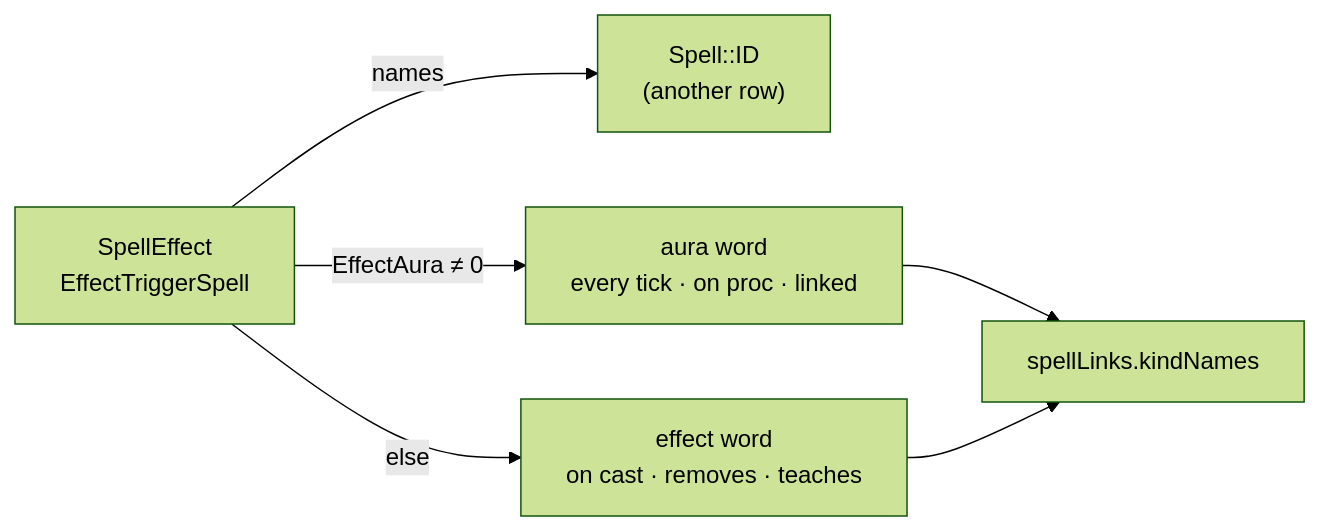
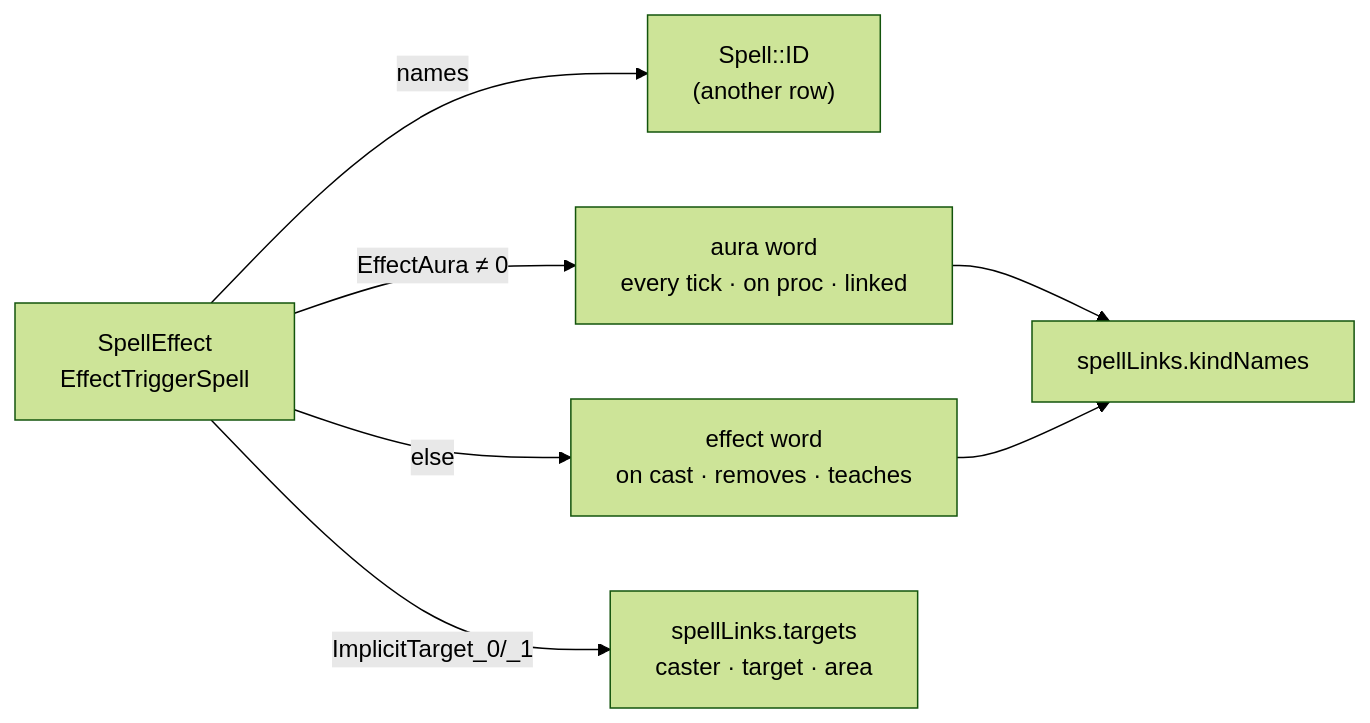
Before and after one commit to Natans8/Epsilook: diagram 19 of 21 in docs/DATA_ROUTES.md, drawn with Mermaid (forest theme). The commit also changed other lines of this file and 24 other files, not shown here.

````diff
--- a/docs/DATA_ROUTES.md
+++ b/docs/DATA_ROUTES.md
@@ -1001,8 +1001,9 @@
 ```mermaid
 flowchart LR
     SE["SpellEffect<br/>EffectTriggerSpell"] -->|names| S2["Spell::ID<br/>(another row)"]
     SE -->|" EffectAura ≠ 0 "| AW["aura word<br/>every tick · on proc · linked"]
     SE -->|" else "| EW["effect word<br/>on cast · removes · teaches"]
     AW --> K["spellLinks.kindNames"]
     EW --> K
+    SE -->|" ImplicitTarget_0/_1 "| T["spellLinks.targets<br/>caster · target · area"]
 ```
````
